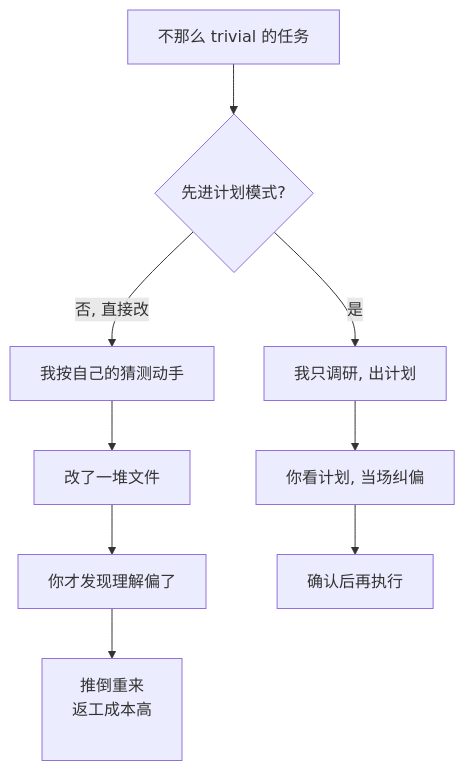
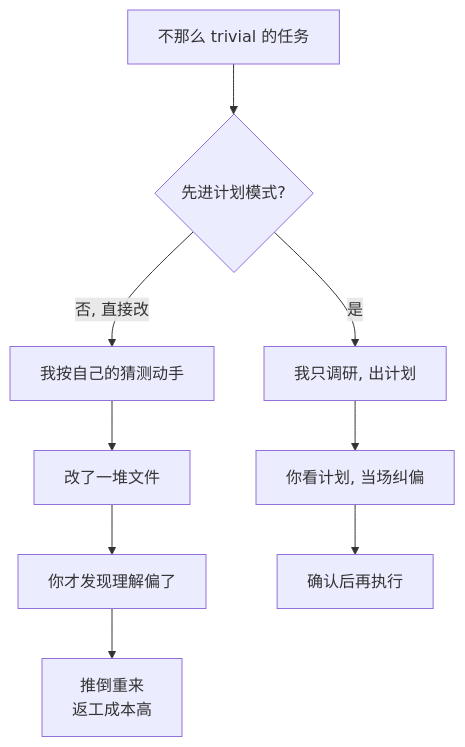
Before and after one commit to XuebinMa/AIWiki: the diagram in docs/00-setup-collaboration/skipping-plan-mode.mdx, drawn with Mermaid. The commit also changed 99 other files, not shown here.

First line of the commit message:
fix(mermaid): 全局根治节点文字裁切（htmlLabels:false + 清理 br/nbsp 占位）(#26)

````diff
--- a/docs/00-setup-collaboration/skipping-plan-mode.mdx
+++ b/docs/00-setup-collaboration/skipping-plan-mode.mdx
@@ -40,11 +40,11 @@
 ```mermaid
 flowchart TD
     A[不那么 trivial 的任务] --> B{先进计划模式?}
     B -->|否, 直接改| C[我按自己的猜测动手]
     C --> D[改了一堆文件]
     D --> E[你才发现理解偏了]
-    E --> F["推倒重来<br/>返工成本高<br/>&nbsp;"]
+    E --> F["推倒重来<br/>返工成本高"]
     B -->|是| G[我只调研, 出计划]
     G --> H[你看计划, 当场纠偏]
     H --> I[确认后再执行]
 ```
````
